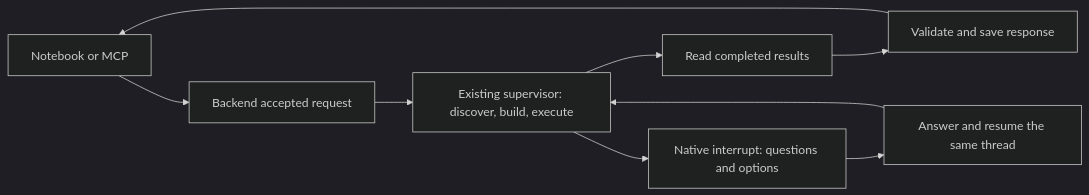
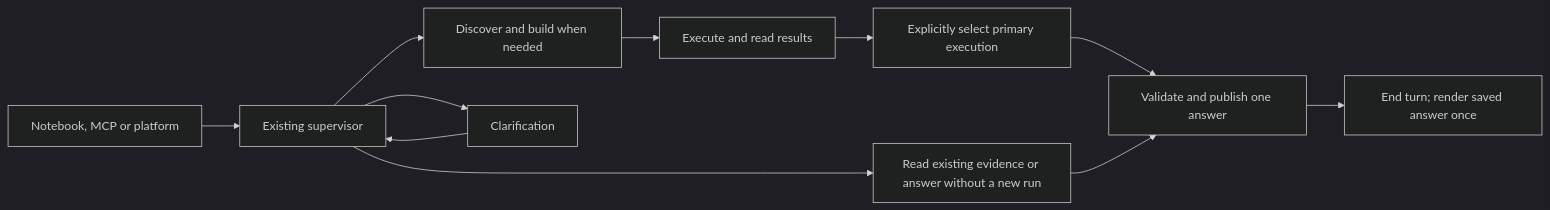
One commit to EPOCHDevs/EpochSDK changed the diagram in docs/research-flow.md. Above: the diagram before and after it, drawn with Mermaid (dark theme). The commit also changed other lines of this file and 12 other files, not shown here.

Commit message:
feat: complete research from explicitly published query answers

````diff
--- a/docs/research-flow.md
+++ b/docs/research-flow.md
@@ -8,11 +13,13 @@
 ```mermaid
 flowchart LR
-    Caller[Notebook or MCP] --> Request[Backend accepted request]
-    Request --> Research[Existing supervisor: discover, build, execute]
-    Research --> Read[Read completed results]
-    Read --> Publish[Validate and save response]
-    Publish --> Caller
-    Research --> Questions[Native interrupt: questions and options]
-    Questions --> Resume[Answer and resume the same thread]
-    Resume --> Research
+    Caller[Notebook, MCP or platform] --> Research[Existing supervisor]
+    Research --> Build[Discover and build when needed]
+    Build --> Execute[Execute and read results]
+    Execute --> Select[Explicitly select primary execution]
+    Research --> Explain[Read existing evidence or answer without a new run]
+    Select --> Publish[Validate and publish one answer]
+    Explain --> Publish
+    Publish --> End[End turn; render saved answer once]
+    Research --> Questions[Clarification]
+    Questions --> Research
 ```
````
